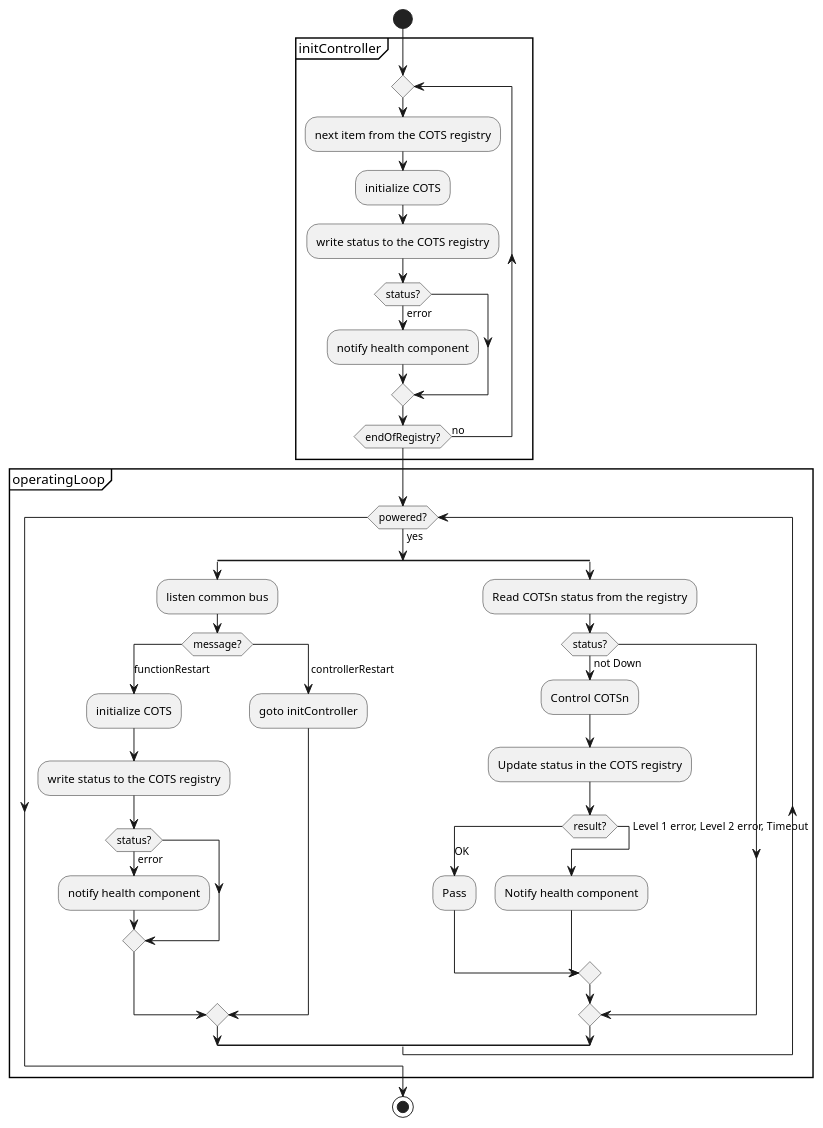
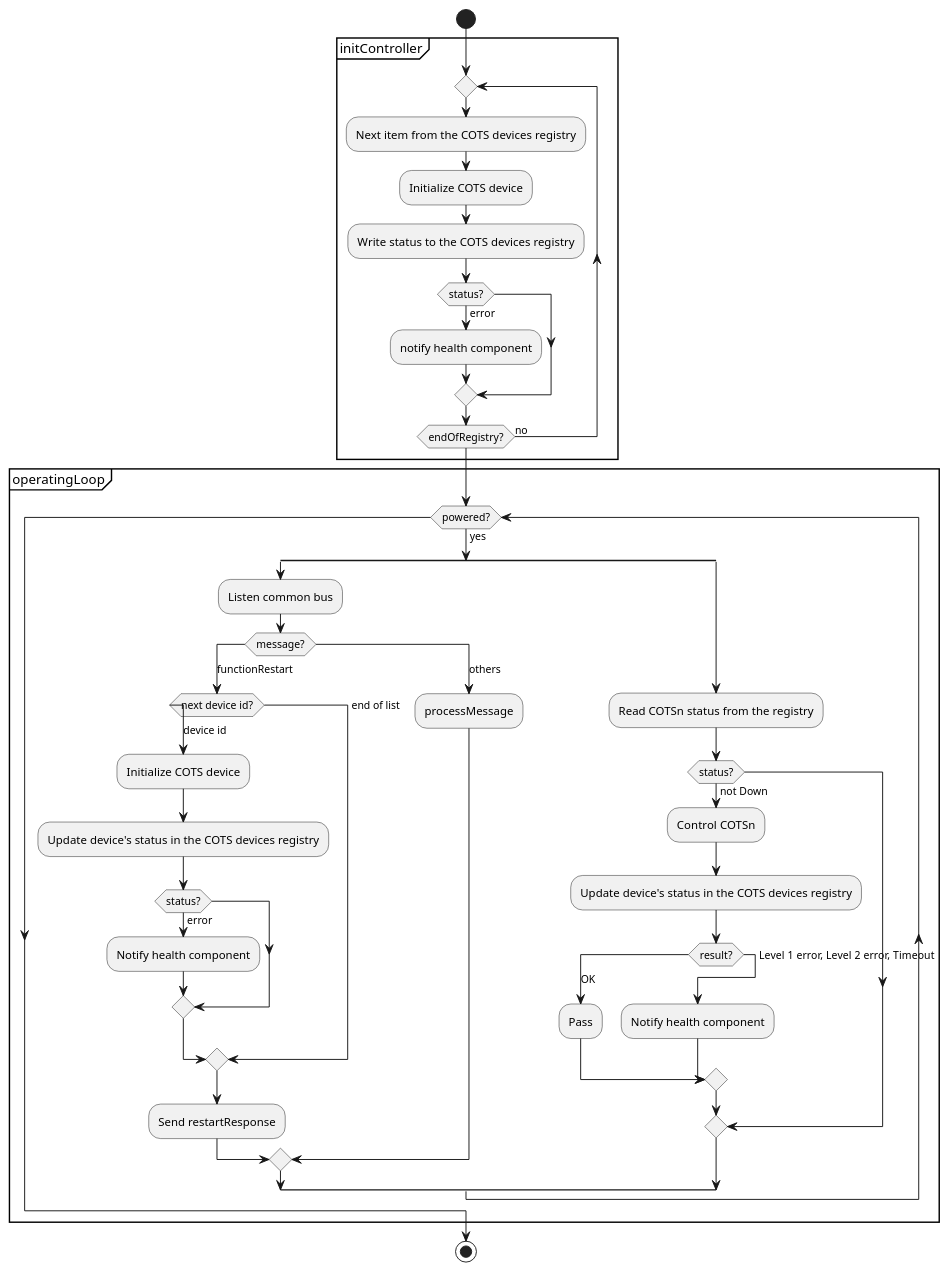
Before and after one commit to rihokalbus/homework_theoretical: the diagram in controller_activity.puml, drawn with PlantUML. The commit also changed 8 other files, not shown here.

Commit message:
updated README, added health component activity and message descriptions

```diff
--- a/controller_activity.puml
+++ b/controller_activity.puml
@@ -1,47 +1,52 @@
 @startuml
 start
 
 partition initController {
 repeat
-    :next item from the COTS registry;
-    :initialize COTS;
-    :write status to the COTS registry;
+    :Next item from the COTS devices registry;
+    :Initialize COTS device;
+    :Write status to the COTS devices registry;
     if (status?) then (error)
         :notify health component;
     endif
 repeat while (endOfRegistry?) is (no)
 }
 
 partition operatingLoop {
 
     while (powered?) is (yes)
         split
-            :listen common bus;
+            :Listen common bus;
             switch (message?)
             case (functionRestart)
-                :initialize COTS;
-                :write status to the COTS registry;
-                if (status?) then (error)
-                    :notify health component;
-                endif
-            case ( controllerRestart )
-                :goto initController;
+                switch (next device id?)
+                case (device id)
+                    :Initialize COTS device;
+                    :Update device's status in the COTS devices registry;
+                    if (status?) then (error)
+                        :Notify health component;
+                    endif
+                case (end of list)
+                endswitch
+                :Send restartResponse;
+            case (others)
+                :processMessage;
             endswitch
         split again
             :Read COTSn status from the registry;
             if (status?) then (not Down)
                 :Control COTSn;
-                :Update status in the COTS registry;
+                :Update device's status in the COTS devices registry;
                 switch (result?)
                 case (OK)
                     :Pass;
                 case (Level 1 error, Level 2 error, Timeout)
                     :Notify health component;
                 endswitch
             endif
         end split
     endwhile
+}
 
-}
 stop
 @enduml
```
